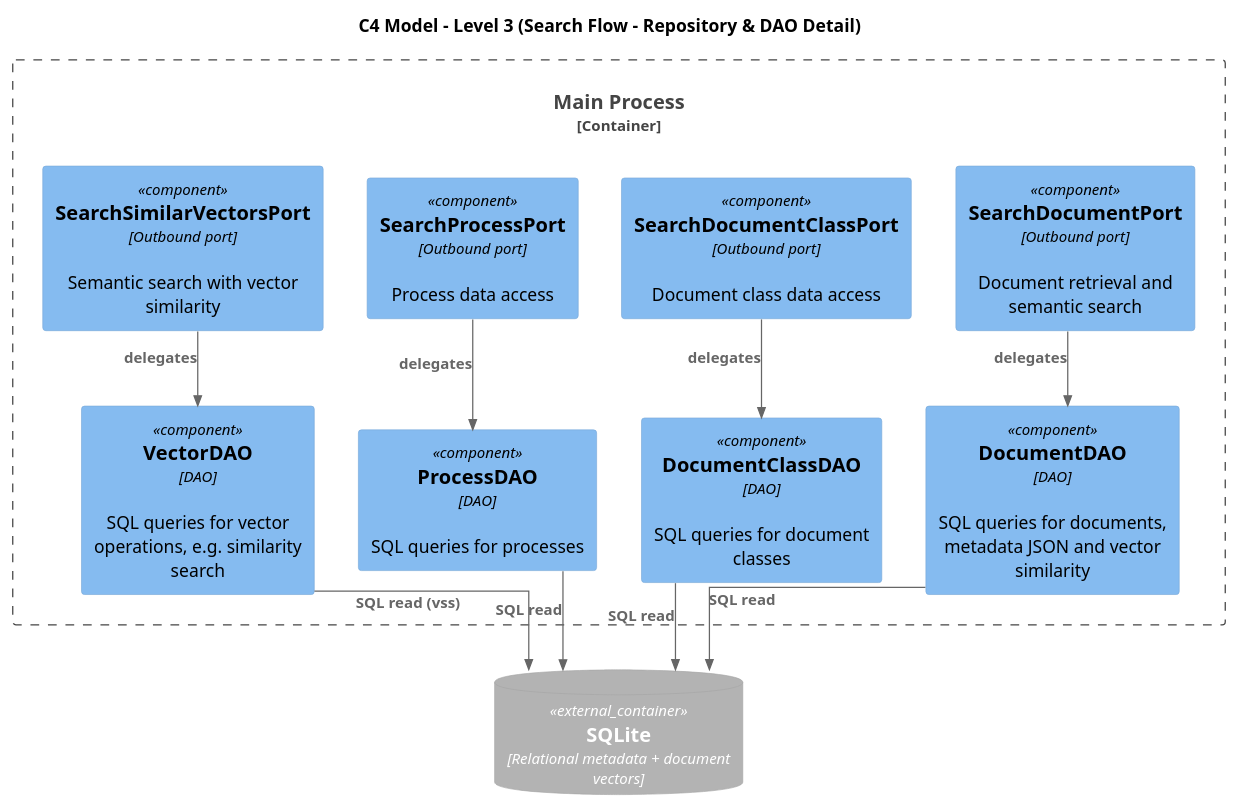
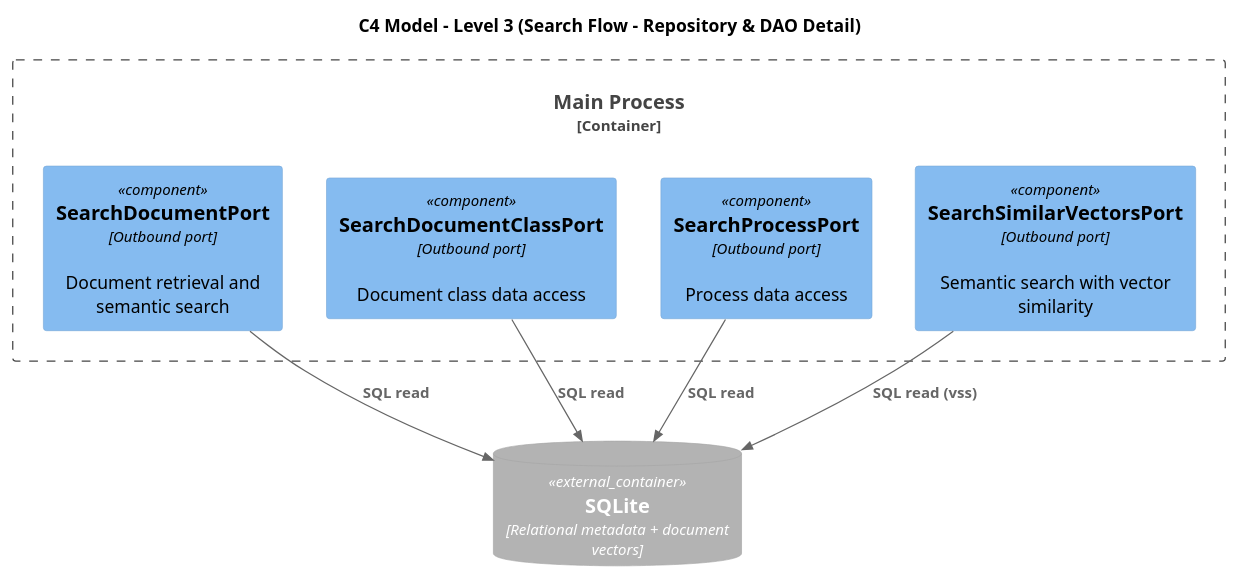
The second of 2 diagrams in 3_PB/DocumentiEsterni/DiagrammiSpecificaTecnica/generated_/architecture/c1-c3/C3-main-search-flow.puml (7-ZPUs/Docs), drawn with PlantUML before and after one commit. The commit also changed 7 other files, not shown here.

```diff
--- a/3_PB/DocumentiEsterni/DiagrammiSpecificaTecnica/generated_/architecture/c1-c3/C3-main-search-flow.puml
+++ b/3_PB/DocumentiEsterni/DiagrammiSpecificaTecnica/generated_/architecture/c1-c3/C3-main-search-flow.puml
@@ -44,35 +44,23 @@
 @startuml C3_Main_Search_Flow_Repos
 !includeurl https://raw.githubusercontent.com/plantuml-stdlib/C4-PlantUML/master/C4_Component.puml
 
 title C4 Model - Level 3 (Search Flow - Repository & DAO Detail)
 
-skinparam linetype ortho
+skinparam linetype straight
 
 Container_Boundary(main_container, "Main Process") {
   together {
   Component(doc_repo, "SearchDocumentPort", "Outbound port", "Document retrieval and semantic search")
   Component(doc_class_repo, "SearchDocumentClassPort", "Outbound port", "Document class data access")
   Component(process_repo, "SearchProcessPort", "Outbound port", "Process data access")
   Component(vector_repo, "SearchSimilarVectorsPort", "Outbound port", "Semantic search with vector similarity")
   }
-
-  together{
-  Component(doc_dao, "DocumentDAO", "DAO", "SQL queries for documents, metadata JSON and vector similarity")
-  Component(doc_class_dao, "DocumentClassDAO", "DAO", "SQL queries for document classes")
-  Component(process_dao, "ProcessDAO", "DAO", "SQL queries for processes")
-  Component(vector_dao, "VectorDAO", "DAO", "SQL queries for vector operations, e.g. similarity search")
-  }
 }
 
 ContainerDb_Ext(sqlite, "SQLite", "Relational metadata + document vectors")
 
-Rel(doc_repo, doc_dao, "delegates")
-Rel(doc_class_repo, doc_class_dao, "delegates")
-Rel(process_repo, process_dao, "delegates")
-Rel(vector_repo, vector_dao, "delegates")
-
-Rel(doc_dao, sqlite, "SQL read")
-Rel(doc_class_dao, sqlite, "SQL read")
-Rel(process_dao, sqlite, "SQL read")
-Rel(vector_dao, sqlite, "SQL read (vss)")
+Rel(doc_repo, sqlite, "SQL read")
+Rel(doc_class_repo, sqlite, "SQL read")
+Rel(process_repo, sqlite, "SQL read")
+Rel(vector_repo, sqlite, "SQL read (vss)")
 @enduml
```
